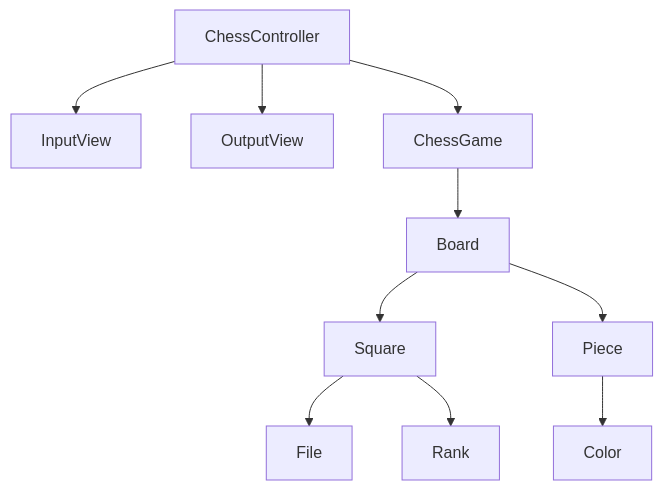
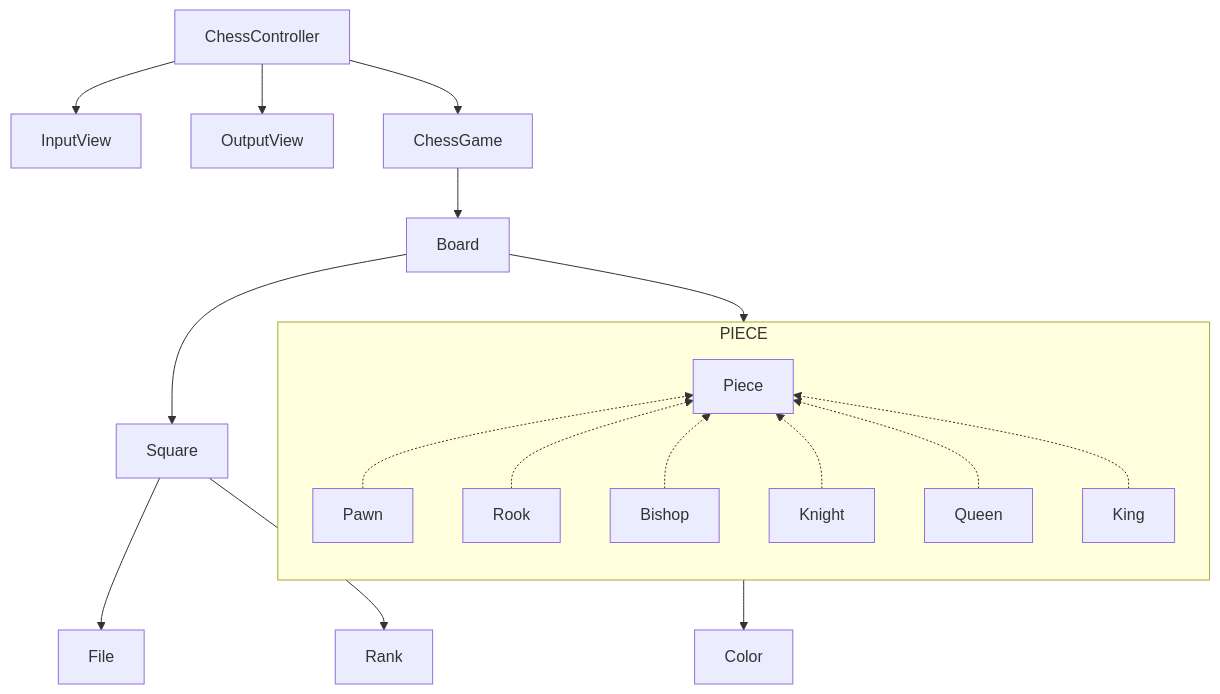
The diagram in src/docs/README.md (woowacourse/java-chess), drawn with Mermaid before and after one commit. The commit also changed 10 other files, not shown here.

````diff
--- a/src/docs/README.md
+++ b/src/docs/README.md
@@ -3,12 +3,26 @@
 ```mermaid
 graph TD
     ChessController --> InputView
     ChessController --> OutputView
+
     ChessController --> ChessGame
     ChessGame --> Board
-    Board --> Square
-    Board --> Piece
+
     Square --> File
     Square --> Rank
-    Piece --> Color
+
+    Board --> Square
+    Board --> PIECE
+
+    PIECE --> Color
+
+    subgraph PIECE
+        direction BT
+        Pawn -.-> Piece
+        Rook -.-> Piece
+        Bishop -.-> Piece
+        Knight -.-> Piece
+        Queen -.-> Piece
+        King -.-> Piece
+    end
 ```
````
